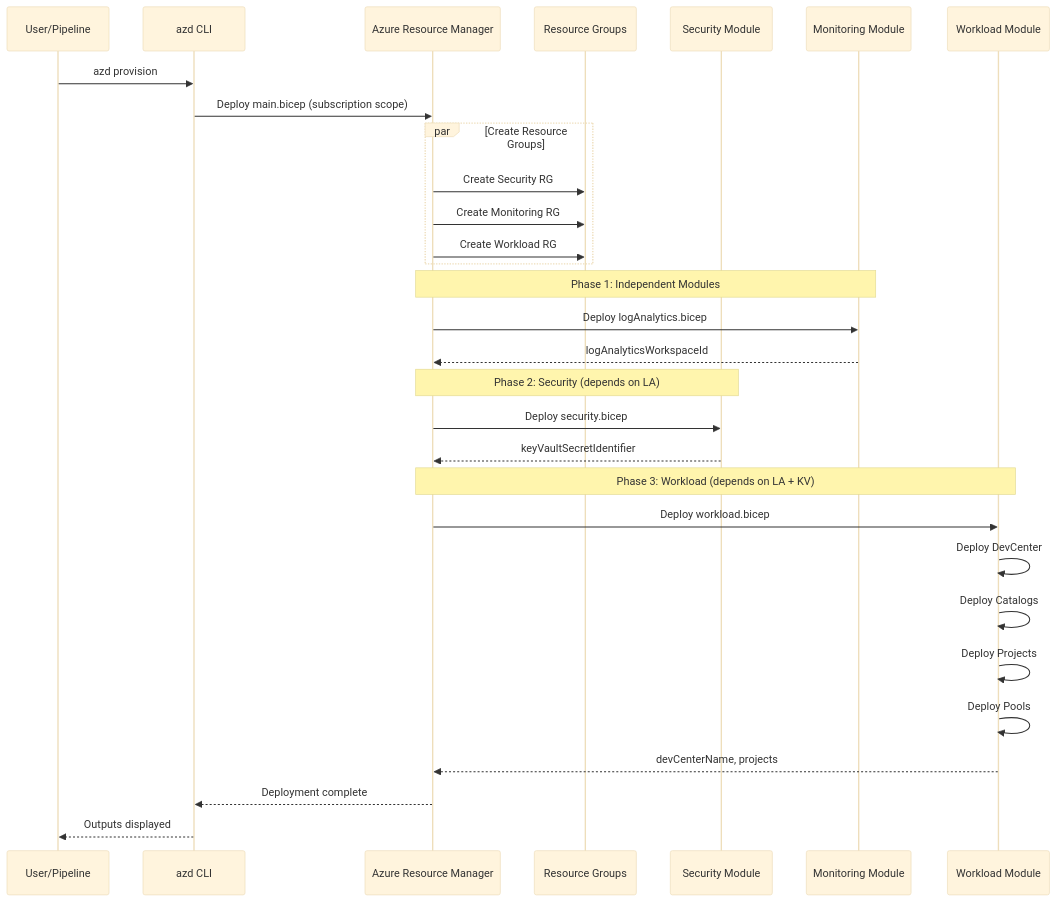
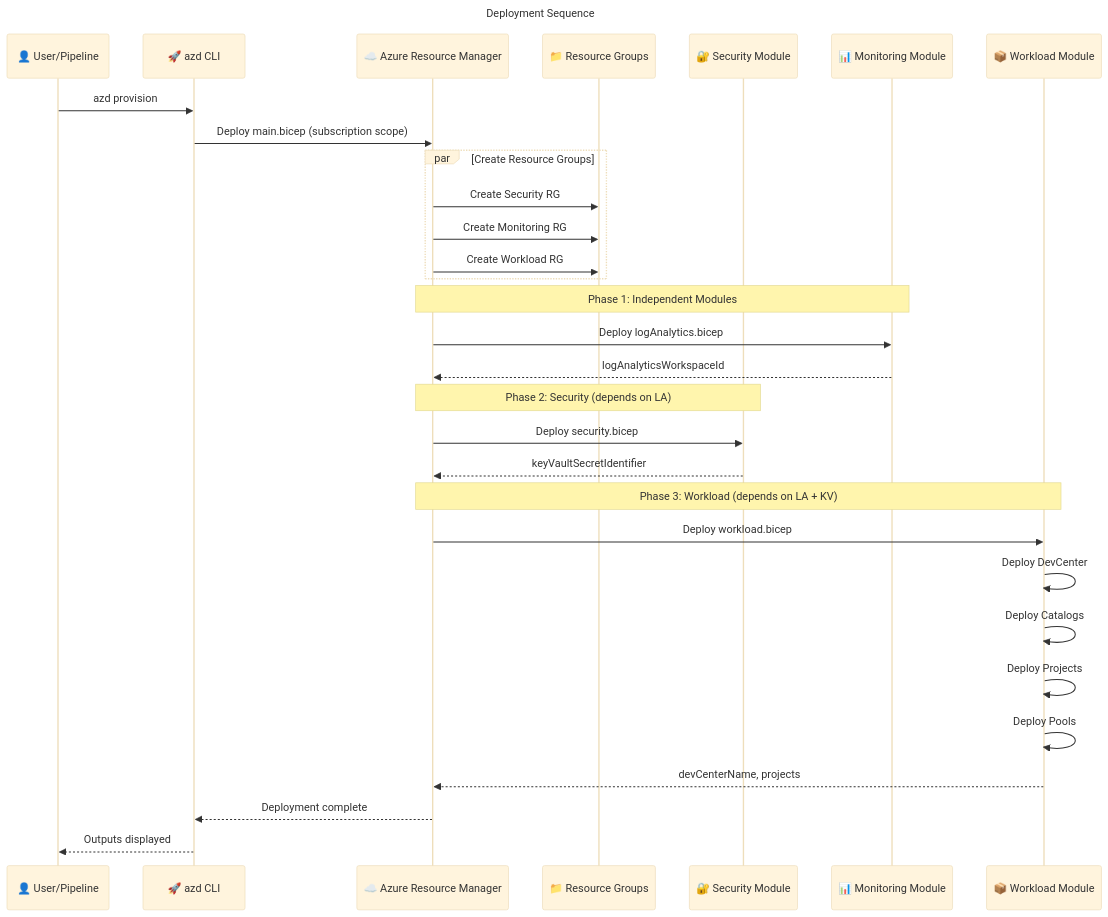
Before and after one commit to Evilazaro/DevExp-DevBox: the fourth of 8 diagrams in docs/architecture/03-application-architecture.md, drawn with Mermaid (base theme). The commit also changed other lines of this file, not shown here.

Commit message:
Enhance documentation for application architecture by adding titles, improving section titles, and incorporating emojis for better clarity and navigation.

````diff
--- a/docs/architecture/03-application-architecture.md
+++ b/docs/architecture/03-application-architecture.md
@@ -443,39 +470,42 @@
 ```mermaid
+---
+title: Deployment Sequence
+---
 sequenceDiagram
-    participant U as User/Pipeline
-    participant AZD as azd CLI
-    participant ARM as Azure Resource Manager
-    participant RG as Resource Groups
-    participant SEC as Security Module
-    participant MON as Monitoring Module
-    participant WL as Workload Module
+    participant U as 👤 User/Pipeline
+    participant AZD as 🚀 azd CLI
+    participant ARM as ☁️ Azure Resource Manager
+    participant RG as 📁 Resource Groups
+    participant SEC as 🔐 Security Module
+    participant MON as 📊 Monitoring Module
+    participant WL as 📦 Workload Module
     
     U->>AZD: azd provision
     AZD->>ARM: Deploy main.bicep (subscription scope)
     
     par Create Resource Groups
         ARM->>RG: Create Security RG
         ARM->>RG: Create Monitoring RG
         ARM->>RG: Create Workload RG
     end
     
     Note over ARM,MON: Phase 1: Independent Modules
     ARM->>MON: Deploy logAnalytics.bicep
     MON-->>ARM: logAnalyticsWorkspaceId
     
     Note over ARM,SEC: Phase 2: Security (depends on LA)
     ARM->>SEC: Deploy security.bicep
     SEC-->>ARM: keyVaultSecretIdentifier
     
     Note over ARM,WL: Phase 3: Workload (depends on LA + KV)
     ARM->>WL: Deploy workload.bicep
     
     WL->>WL: Deploy DevCenter
     WL->>WL: Deploy Catalogs
     WL->>WL: Deploy Projects
     WL->>WL: Deploy Pools
     
     WL-->>ARM: devCenterName, projects
     ARM-->>AZD: Deployment complete
     AZD-->>U: Outputs displayed
 ```
````
